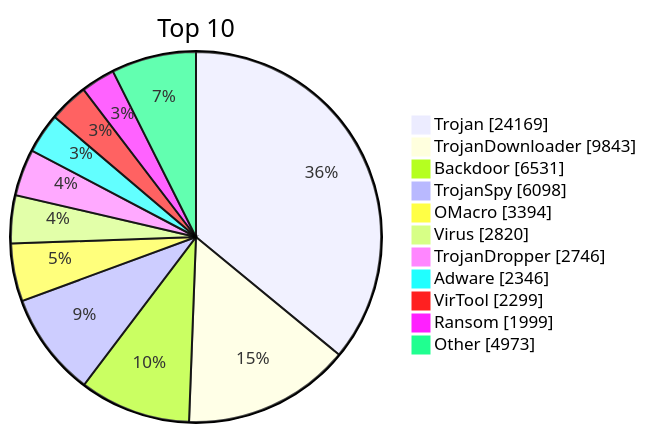
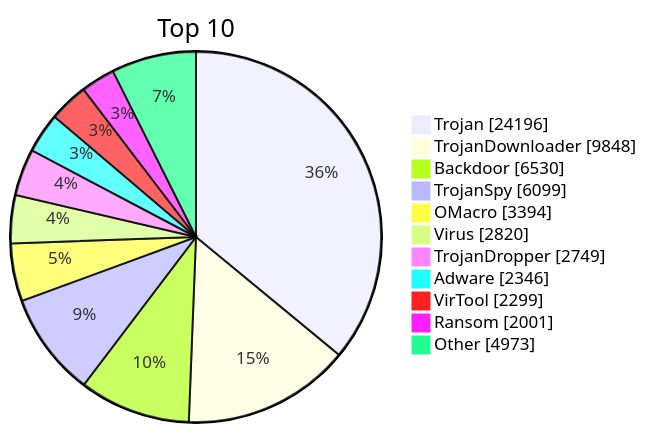
The diagram in README.md (JerryLinLinLin/huorong-virdb-changelog), drawn with Mermaid before and after one commit. The commit also changed other lines of this file and 15 other files, not shown here.

````diff
--- a/README.md
+++ b/README.md
@@ -19,15 +19,15 @@
 ```mermaid
 pie showData
     title Top 10
-    "Trojan" : 24169
-    "TrojanDownloader" : 9843
-    "Backdoor" : 6531
-    "TrojanSpy" : 6098
+    "Trojan" : 24196
+    "TrojanDownloader" : 9848
+    "Backdoor" : 6530
+    "TrojanSpy" : 6099
     "OMacro" : 3394
     "Virus" : 2820
-    "TrojanDropper" : 2746
+    "TrojanDropper" : 2749
     "Adware" : 2346
     "VirTool" : 2299
-    "Ransom" : 1999
+    "Ransom" : 2001
     "Other" : 4973
 ```
````
